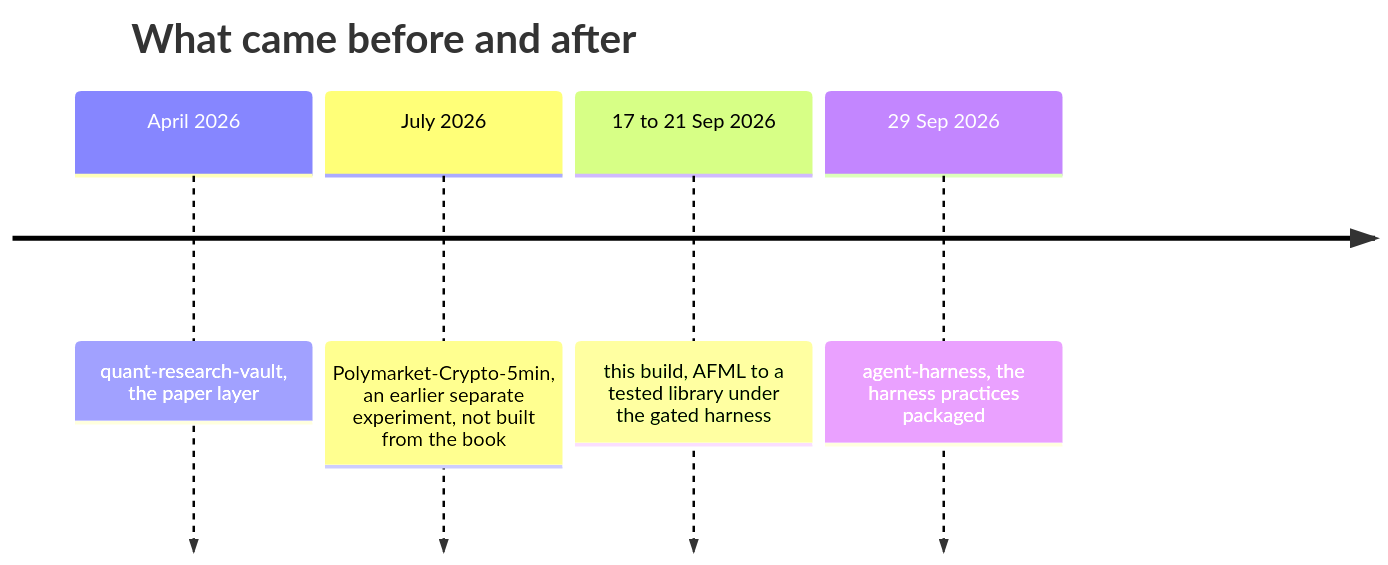
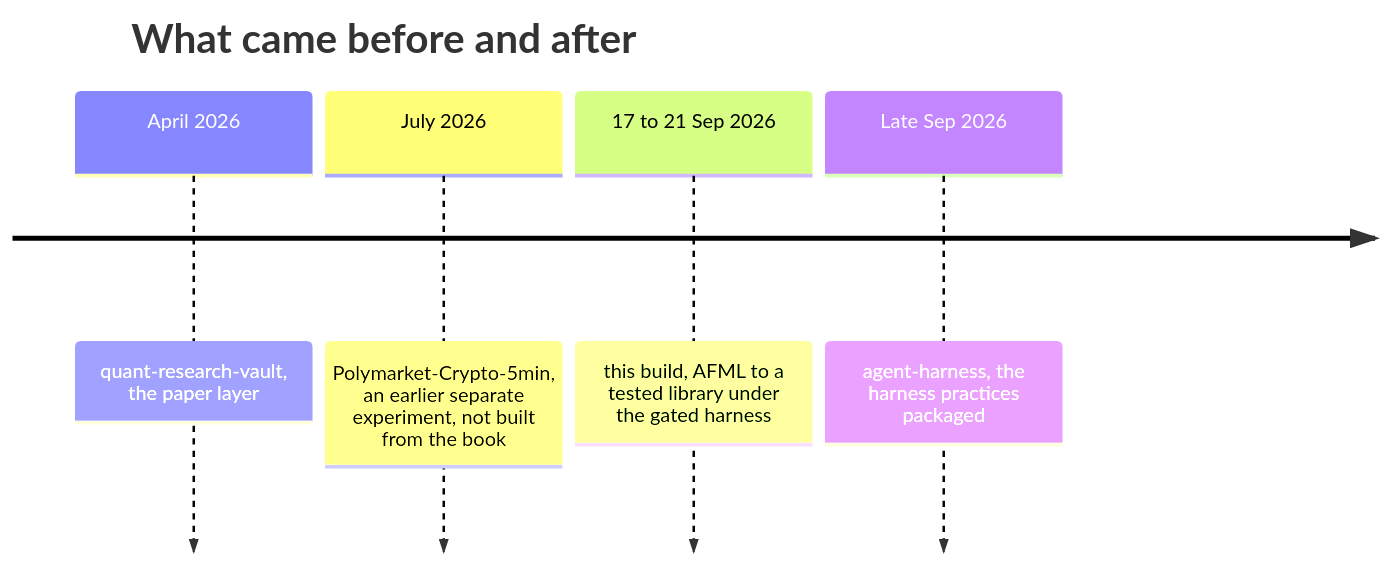
The fifth of 5 diagrams in docs/DIAGRAMS.md (oscar-chw/agentic-quant-research), drawn with Mermaid before and after one commit. The commit also changed other lines of this file and 7 other files, not shown here.

````diff
--- a/docs/DIAGRAMS.md
+++ b/docs/DIAGRAMS.md
@@ -131,8 +132,8 @@
 ```mermaid
 timeline
     title What came before and after
     April 2026 : quant-research-vault, the paper layer
     July 2026 : Polymarket-Crypto-5min, an earlier separate experiment, not built from the book
     17 to 21 Sep 2026 : this build, AFML to a tested library under the gated harness
-    29 Sep 2026 : agent-harness, the harness practices packaged
+    Late Sep 2026 : agent-harness, the harness practices packaged
 ```
````
